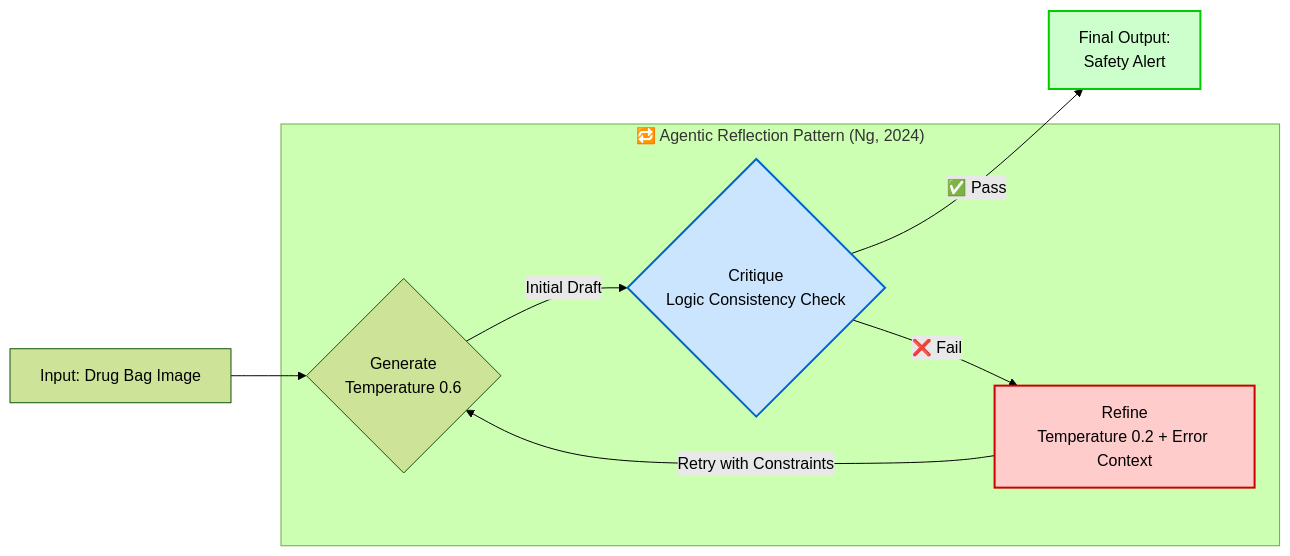
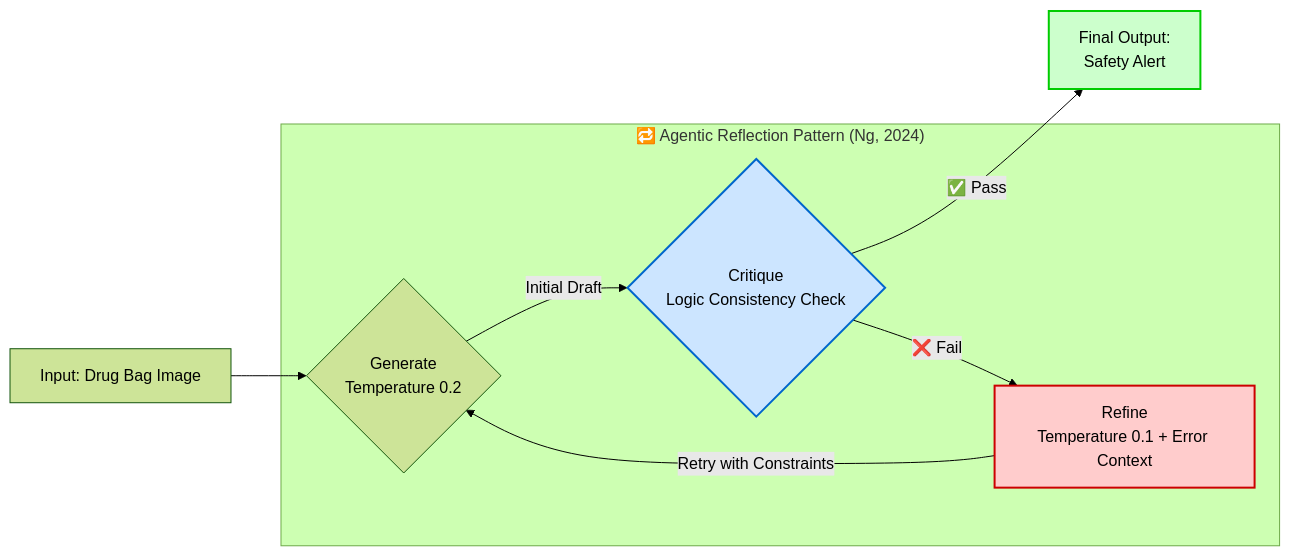
One commit to mark941108/SilverGuard_CDS changed the first of 3 diagrams in README.md. Above: the diagram before and after it, drawn with Mermaid (forest theme). The commit also changed other lines of this file and 8 other files, not shown here.

````diff
--- a/README.md
+++ b/README.md
@@ -195,18 +212,18 @@
 ```mermaid
 graph LR
-    A[Input: Drug Bag Image] --> B{Generate<br/>Temperature 0.6}
+    A[Input: Drug Bag Image] --> B{Generate<br/>Temperature 0.2}
     B -->|Initial Draft| C{Critique<br/>Logic Consistency Check}
     C -->|✅ Pass| D[Final Output:<br/>Safety Alert]
-    C -->|❌ Fail| E[Refine<br/>Temperature 0.2 + Error Context]
+    C -->|❌ Fail| E[Refine<br/>Temperature 0.1 + Error Context]
     E -->|Retry with Constraints| B
     
     style E fill:#ffcccc,stroke:#cc0000,stroke-width:2px
     style C fill:#cce5ff,stroke:#0066cc,stroke-width:2px
     style D fill:#ccffcc,stroke:#00cc00,stroke-width:2px
     
     subgraph "🔁 Agentic Reflection Pattern (Ng, 2024)"
         B
         C
         E
     end
 ```
````
